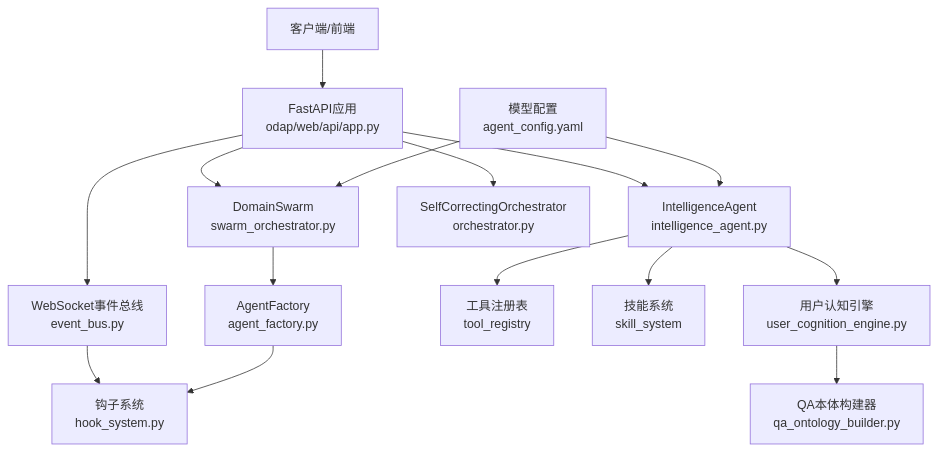
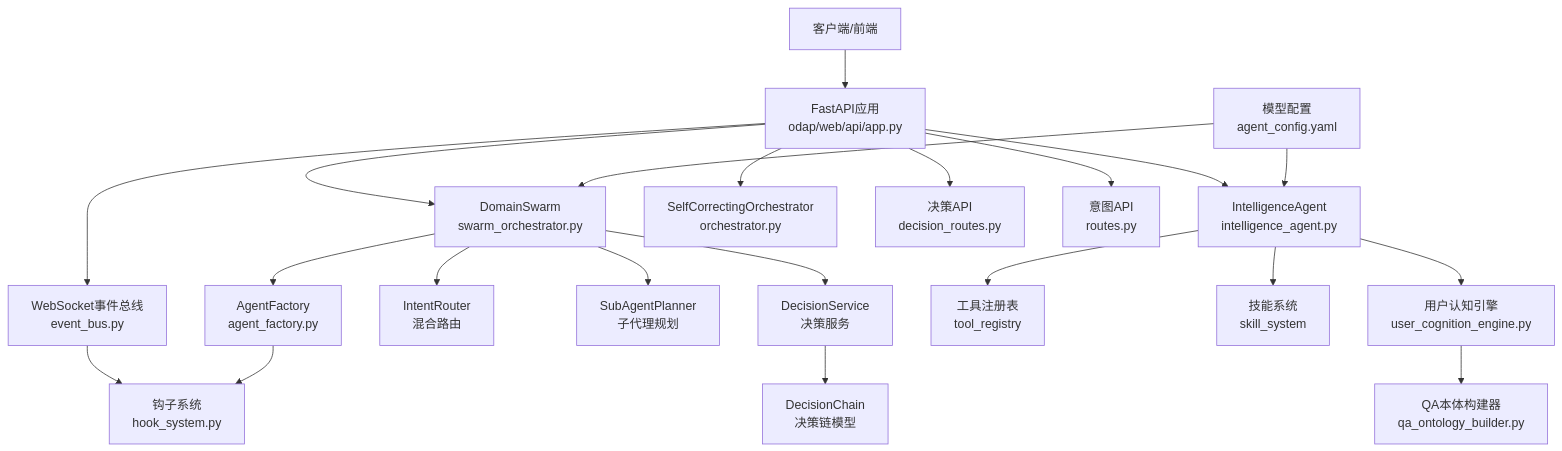
One commit to inier/ontology-graphiti changed the second of 14 diagrams in .qoder/repowiki/zh/content/后端服务/业务领域服务/核心业务模块/Agent智能体系统.md. Above: the diagram before and after it, drawn with Mermaid. The commit also changed other lines of this file and 64 other files, not shown here.

````diff
--- a/.qoder/repowiki/zh/content/后端服务/业务领域服务/核心业务模块/Agent智能体系统.md
+++ b/.qoder/repowiki/zh/content/后端服务/业务领域服务/核心业务模块/Agent智能体系统.md
@@ -127,17 +140,23 @@
 ```mermaid
 graph TB
 Client["客户端/前端"] --> API["FastAPI应用<br/>odap/web/api/app.py"]
 API --> SWARM["DomainSwarm<br/>swarm_orchestrator.py"]
 API --> INT["IntelligenceAgent<br/>intelligence_agent.py"]
 API --> ORCH["SelfCorrectingOrchestrator<br/>orchestrator.py"]
 API --> WS["WebSocket事件总线<br/>event_bus.py"]
+API --> DECISION_API["决策API<br/>decision_routes.py"]
+API --> INTENT_API["意图API<br/>routes.py"]
 SWARM --> AF["AgentFactory<br/>agent_factory.py"]
+SWARM --> INTENT_ROUTER["IntentRouter<br/>混合路由"]
+SWARM --> SUB_PLANNER["SubAgentPlanner<br/>子代理规划"]
+SWARM --> DECISION_SERVICE["DecisionService<br/>决策服务"]
 INT --> TR["工具注册表<br/>tool_registry"]
 INT --> SK["技能系统<br/>skill_system"]
 INT --> UCE["用户认知引擎<br/>user_cognition_engine.py"]
 UCE --> QA["QA本体构建器<br/>qa_ontology_builder.py"]
+DECISION_SERVICE --> DECISION_CHAIN["DecisionChain<br/>决策链模型"]
 WS --> HOOK["钩子系统<br/>hook_system.py"]
 AF --> HOOK
 CFG["模型配置<br/>agent_config.yaml"] --> INT
 CFG --> SWARM
 ```
````
